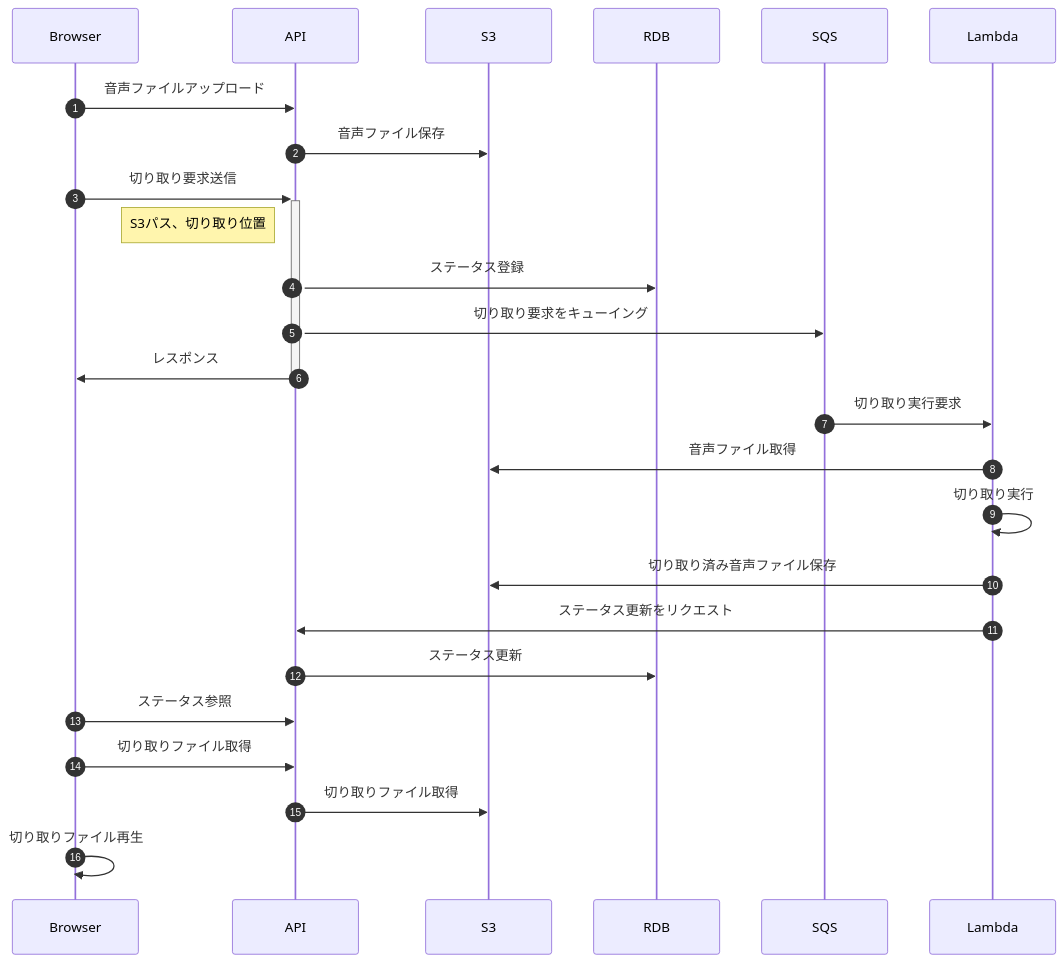
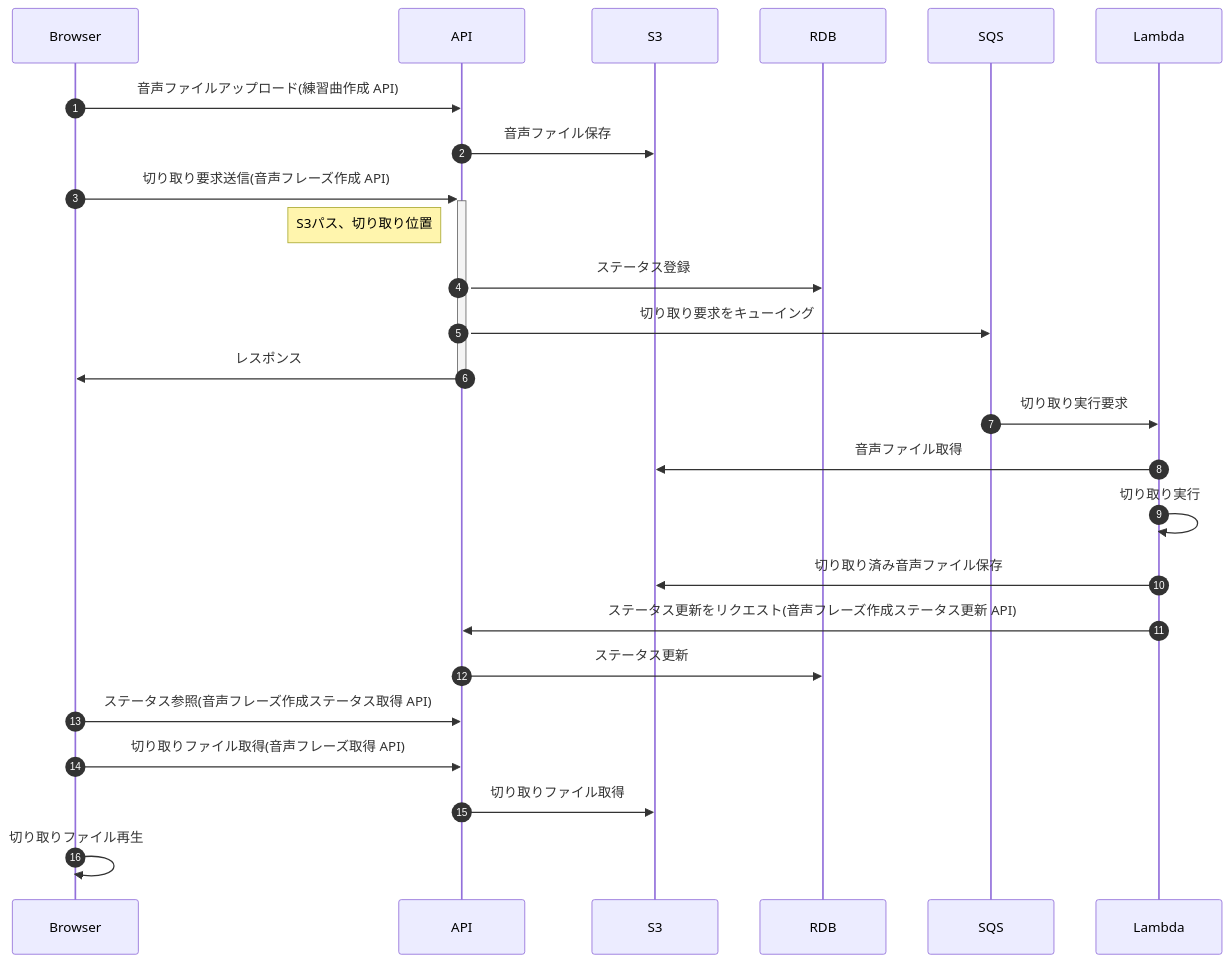
Before and after one commit to yuya-okada527/re-music: the diagram in docs/designs/main_flow.md, drawn with Mermaid. The commit also changed 1 other file, not shown here.

Commit message:
append interface info to sequence

````diff
--- a/docs/designs/main_flow.md
+++ b/docs/designs/main_flow.md
@@ -5,33 +5,33 @@
 ```mermaid
 sequenceDiagram
   autonumber
   participant Browser
   participant API
   participant S3
   participant RDB
   participant SQS
   participant Lambda
 
   # 切り取り要求
-  Browser ->> API: 音声ファイルアップロード
+  Browser ->> API: 音声ファイルアップロード(練習曲作成 API)
   API ->> S3: 音声ファイル保存
-  Browser ->>+ API: 切り取り要求送信
+  Browser ->>+ API: 切り取り要求送信(音声フレーズ作成 API)
   Note left of API: S3パス、切り取り位置
   API ->> RDB: ステータス登録
   API ->> SQS: 切り取り要求をキューイング
   API ->>- Browser: レスポンス
 
   # 切り取り実行
   SQS ->> Lambda: 切り取り実行要求
   Lambda ->> S3: 音声ファイル取得
   Lambda ->> Lambda: 切り取り実行
   Lambda ->> S3: 切り取り済み音声ファイル保存
-  Lambda ->> API: ステータス更新をリクエスト
+  Lambda ->> API: ステータス更新をリクエスト(音声フレーズ作成ステータス更新 API)
   API ->> RDB: ステータス更新
 
   # 切り取りファイル再生
-  Browser ->> API: ステータス参照
-  Browser ->> API: 切り取りファイル取得
+  Browser ->> API: ステータス参照(音声フレーズ作成ステータス取得 API)
+  Browser ->> API: 切り取りファイル取得(音声フレーズ取得 API)
   API ->> S3: 切り取りファイル取得
   Browser ->> Browser: 切り取りファイル再生
 ```
````
